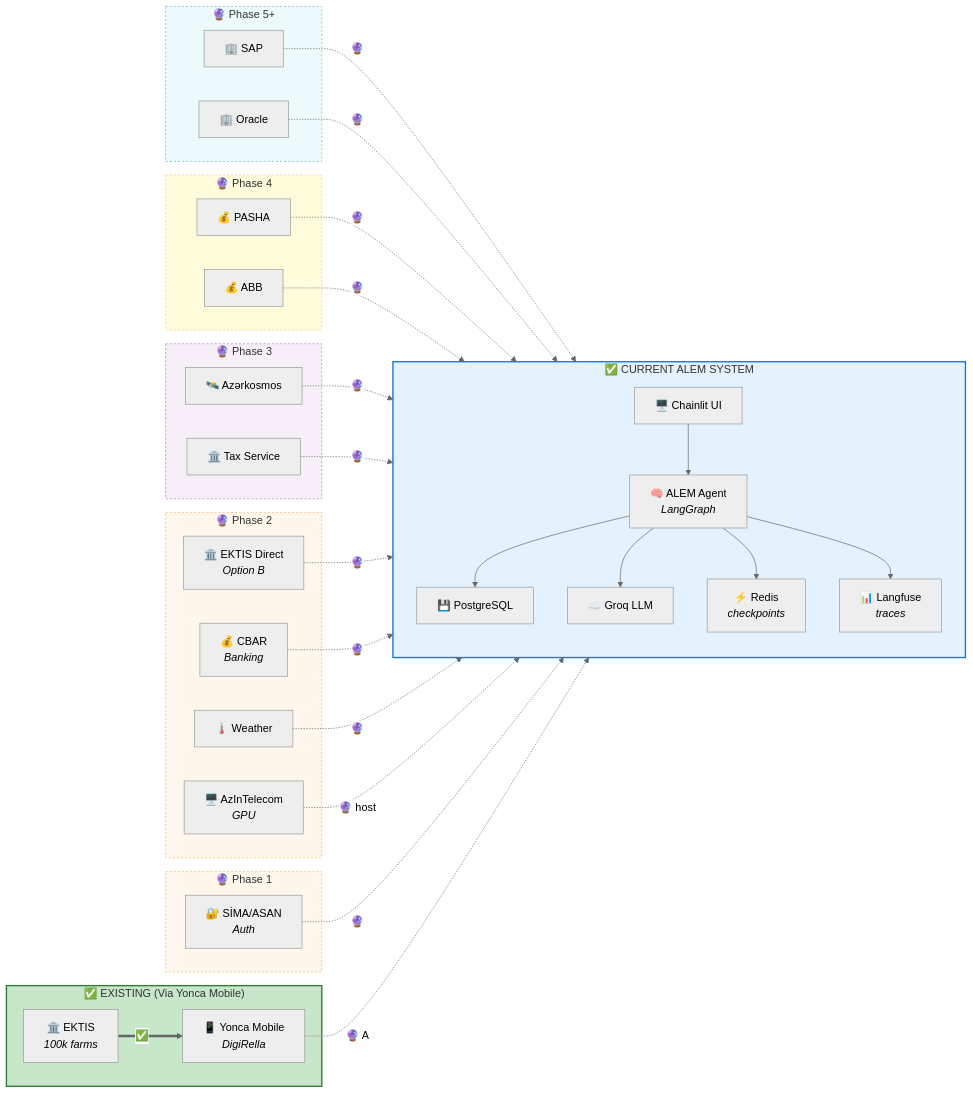
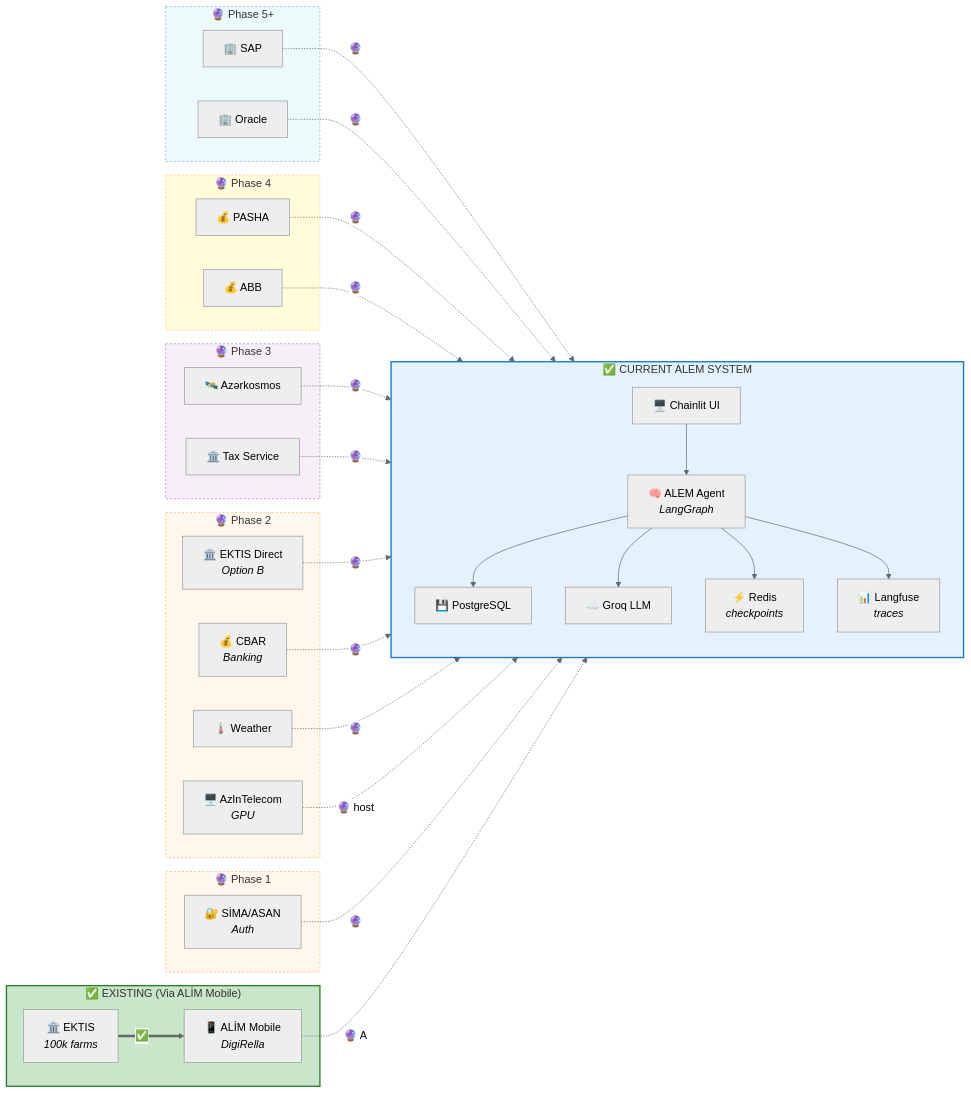
One commit to Px8Studio/yonja changed the first of 3 diagrams in docs/zekalab/19-YONCA-AI-INTEGRATION-UNIVERSE.md. Above: the diagram before and after it, drawn with Mermaid. The commit also changed other lines of this file and 259 other files, not shown here.

````diff
--- a/docs/zekalab/19-YONCA-AI-INTEGRATION-UNIVERSE.md
+++ b/docs/zekalab/19-YONCA-AI-INTEGRATION-UNIVERSE.md
@@ -15,68 +15,68 @@
 ```mermaid
 %%{init: {'theme': 'neutral'}}%%
 flowchart LR
     subgraph current["✅ CURRENT ALEM SYSTEM"]
         direction TB
         ui["🖥️ Chainlit UI"]
         alem["🧠 ALEM Agent<br/><i>LangGraph</i>"]
         db["💾 PostgreSQL"]
         groq["☁️ Groq LLM"]
         redis["⚡ Redis<br/><i>checkpoints</i>"]
         lf["📊 Langfuse<br/><i>traces</i>"]
     end
 
-    subgraph existing["✅ EXISTING (Via Yonca Mobile)"]
+    subgraph existing["✅ EXISTING (Via ALİM Mobile)"]
         ektis["🏛️ EKTIS<br/><i>100k farms</i>"]
-        yonca["📱 Yonca Mobile<br/><i>DigiRella</i>"]
+        ALİM["📱 ALİM Mobile<br/><i>DigiRella</i>"]
     end
 
     subgraph p1["🔮 Phase 1"]
         sima["🔐 SİMA/ASAN<br/><i>Auth</i>"]
     end
 
     subgraph p2["🔮 Phase 2"]
         ektis_d["🏛️ EKTIS Direct<br/><i>Option B</i>"]
         cbar["💰 CBAR<br/><i>Banking</i>"]
         weather["🌡️ Weather"]
         azintel["🖥️ AzInTelecom<br/><i>GPU</i>"]
     end
 
     subgraph p3["🔮 Phase 3"]
         satellite["🛰️ Azərkosmos"]
         tax["🏛️ Tax Service"]
     end
 
     subgraph p4["🔮 Phase 4"]
         pasha["💰 PASHA"]
         abb["💰 ABB"]
     end
 
     subgraph p5["🔮 Phase 5+"]
         sap["🏢 SAP"]
         oracle["🏢 Oracle"]
     end
 
     %% Existing (green solid)
-    ektis ==>|"✅"| yonca
+    ektis ==>|"✅"| ALİM
 
     %% Current ALEM internal connections (blue solid)
     ui --> alem
     alem --> db & groq & redis & lf
 
-    %% Future via Yonca (orange dashed)
-    yonca -.->|"🔮 A"| db
+    %% Future via ALİM (orange dashed)
+    ALİM -.->|"🔮 A"| db
 
     %% Future direct (purple dashed)
     sima -.->|"🔮"| ui
     ektis_d & cbar & weather & satellite & tax & pasha & abb & sap & oracle -.->|"🔮"| alem
     azintel -.->|"🔮 host"| alem
 
     %% Styling
     style current fill:#e3f2fd,stroke:#1976d2,stroke-width:2px
     style existing fill:#c8e6c9,stroke:#2e7d32,stroke-width:2px
     style p1 fill:#fff3e0,stroke:#f57c00,stroke-dasharray:3 3,opacity:0.6
     style p2 fill:#fff3e0,stroke:#f57c00,stroke-dasharray:3 3,opacity:0.6
     style p3 fill:#f3e5f5,stroke:#7b1fa2,stroke-dasharray:3 3,opacity:0.6
     style p4 fill:#fff9c4,stroke:#f9a825,stroke-dasharray:3 3,opacity:0.6
     style p5 fill:#e0f7fa,stroke:#00838f,stroke-dasharray:3 3,opacity:0.6
 ```
````
